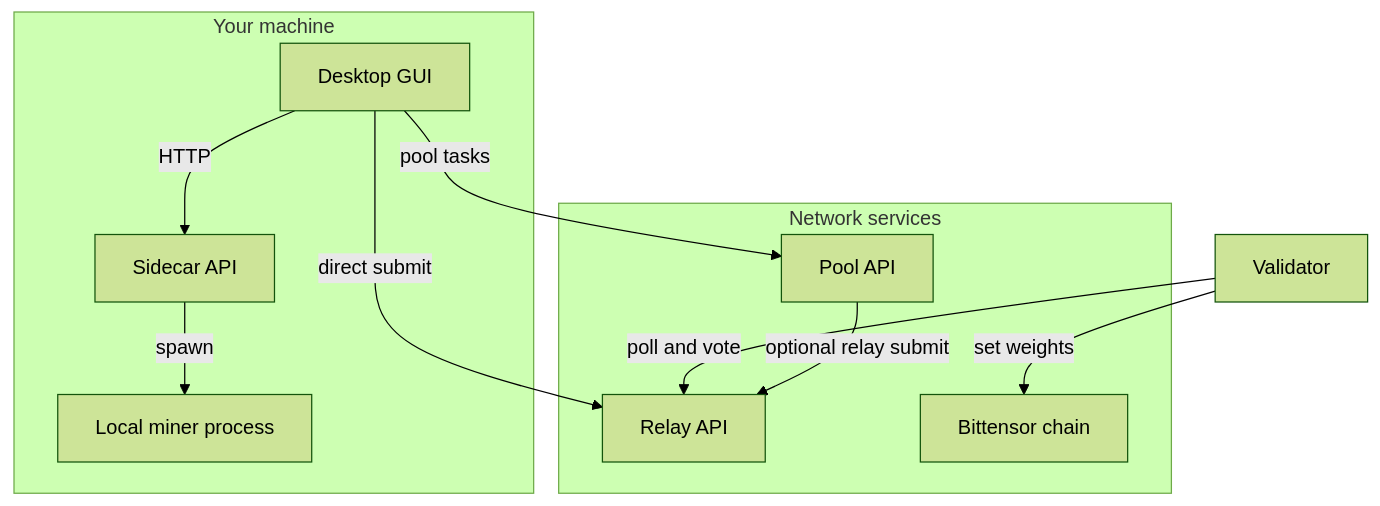
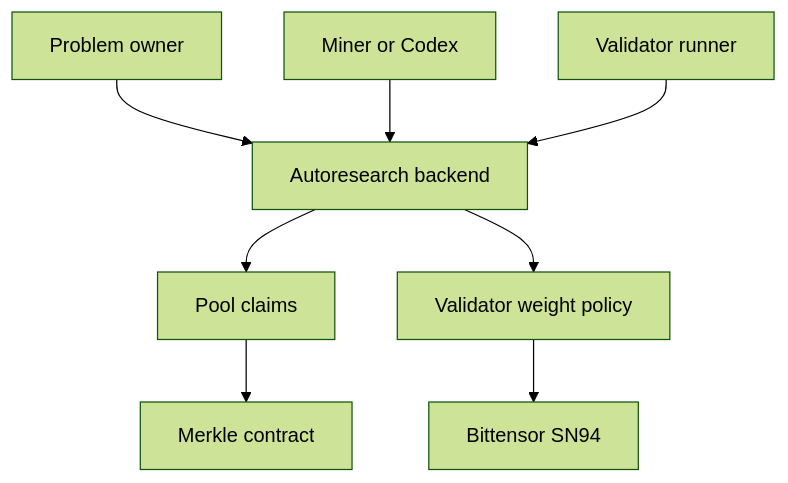
The diagram in docs/index.md (AlveusLabs/SN94-BitSota), drawn with Mermaid (forest theme) before and after one commit. The commit also changed other lines of this file and 83 other files, not shown here.

````diff
--- a/docs/index.md
+++ b/docs/index.md
@@ -18,22 +31,10 @@
 ```mermaid
 flowchart TB
-  subgraph Local[Your machine]
-    GUI[Desktop GUI]
-    Sidecar[Sidecar API]
-    Miner[Local miner process]
-    GUI -->|HTTP| Sidecar
-    Sidecar -->|spawn| Miner
-  end
-
-  subgraph Services[Network services]
-    Relay[Relay API]
-    PoolAPI[Pool API]
-    Chain[Bittensor chain]
-  end
-
-  GUI -->|direct submit| Relay
-  GUI -->|pool tasks| PoolAPI
-  Validator[Validator] -->|poll and vote| Relay
-  Validator -->|set weights| Chain
-  PoolAPI -->|optional relay submit| Relay
+  Owner[Problem owner] --> Backend[Autoresearch backend]
+  Miner[Miner or Codex] --> Backend
+  Validator[Validator runner] --> Backend
+  Backend --> Pool[Pool claims]
+  Pool --> Contract[Merkle contract]
+  Backend --> Weights[Validator weight policy]
+  Weights --> Chain[Bittensor SN94]
 ```
````
